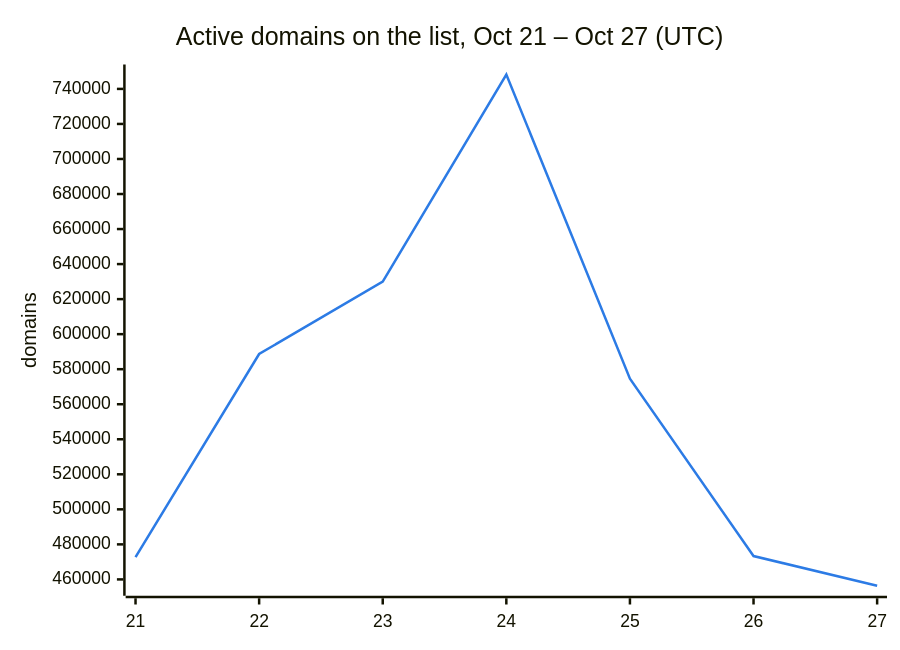
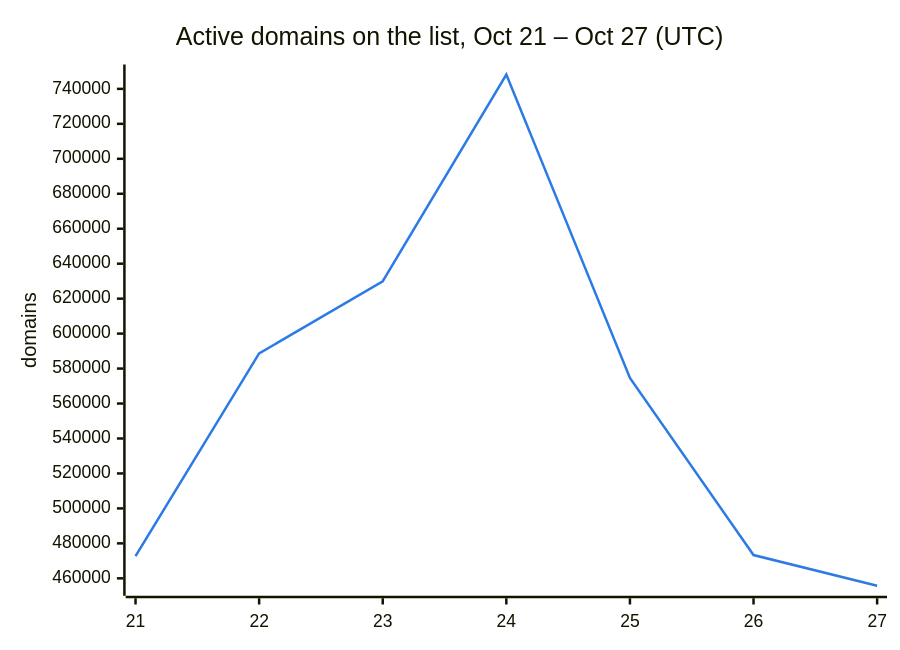
The second of 3 diagrams in README.md (DNSBunker/CTI), drawn with Mermaid before and after one commit. The commit also changed other lines of this file and 3 other files, not shown here.

````diff
--- a/README.md
+++ b/README.md
@@ -38,8 +38,8 @@
 ```mermaid
 %%{init: {"themeVariables": {"xyChart": {"plotColorPalette": "#2c7be5"}}}}%%
 xychart-beta
     title "Active domains on the list, Oct 21 – Oct 27 (UTC)"
     x-axis ["21", "22", "23", "24", "25", "26", "27"]
     y-axis "domains"
-    line [472713, 588659, 629951, 748222, 574614, 473331, 456378]
+    line [472713, 588659, 629951, 748222, 574614, 473331, 455759]
 ```
````
